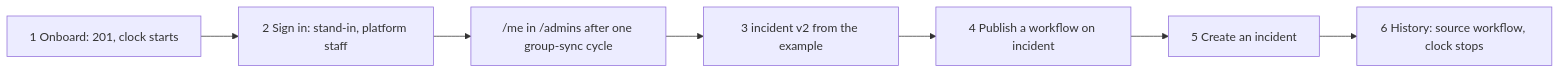
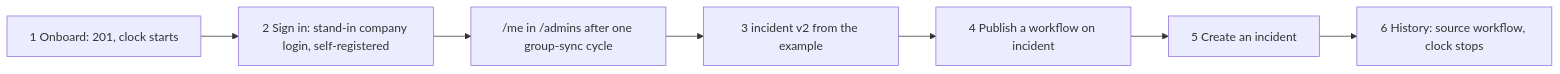
One commit to Navaladi2019/TicketingSystem changed the diagram in docs/handbook/src/stories/s28.md. Above: the diagram before and after it, drawn with Mermaid. The commit also changed other lines of this file and 9 other files, not shown here.

````diff
--- a/docs/handbook/src/stories/s28.md
+++ b/docs/handbook/src/stories/s28.md
@@ -35,9 +35,9 @@
 ```mermaid
 flowchart LR
-  onboard["1 Onboard: 201, clock starts"] --> signin["2 Sign in: stand-in, platform staff"]
+  onboard["1 Onboard: 201, clock starts"] --> signin["2 Sign in: stand-in company login, self-registered"]
   signin --> me["/me in /admins after one group-sync cycle"]
   me --> type["3 incident v2 from the example"]
   type --> wf["4 Publish a workflow on incident"]
   wf --> rec["5 Create an incident"]
   rec --> hist["6 History: source workflow, clock stops"]
 ```
````
